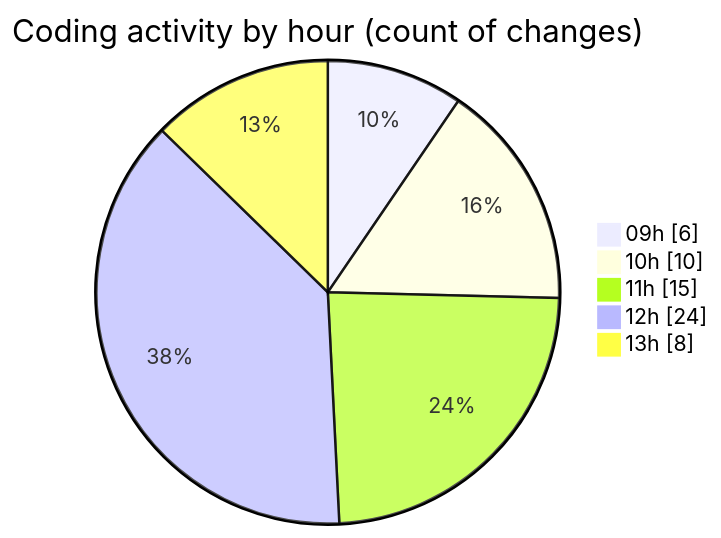
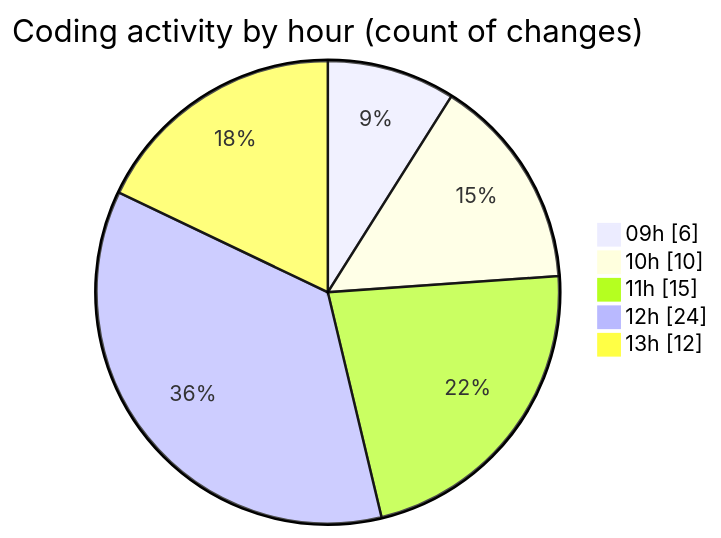
One commit to momahboobian/code-tracking changed the second of 2 diagrams in 2025-06-04/cda/README.md. Above: the diagram before and after it, drawn with Mermaid. The commit also changed other lines of this file and 1 other file, not shown here.

````diff
--- a/2025-06-04/cda/README.md
+++ b/2025-06-04/cda/README.md
@@ -33,9 +33,9 @@
 ```mermaid
 pie showData
 title Coding activity by hour (count of changes)
 "09h" : 6
 "10h" : 10
 "11h" : 15
 "12h" : 24
-"13h" : 8
+"13h" : 12
 ```
````
